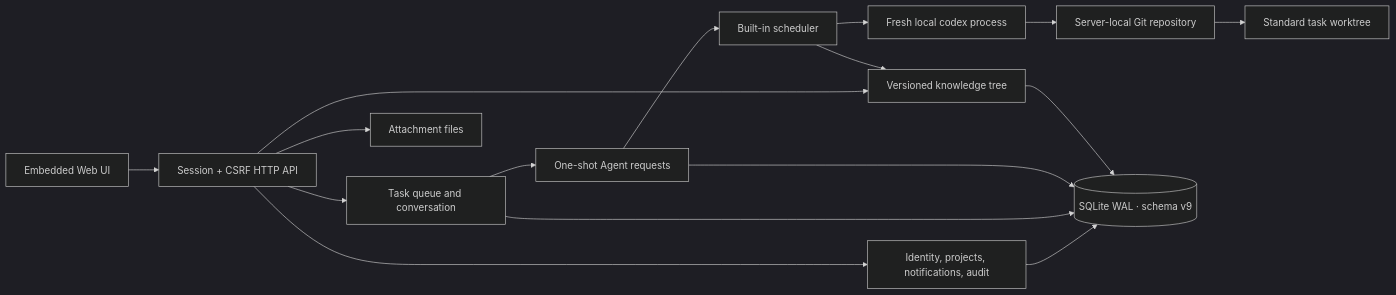
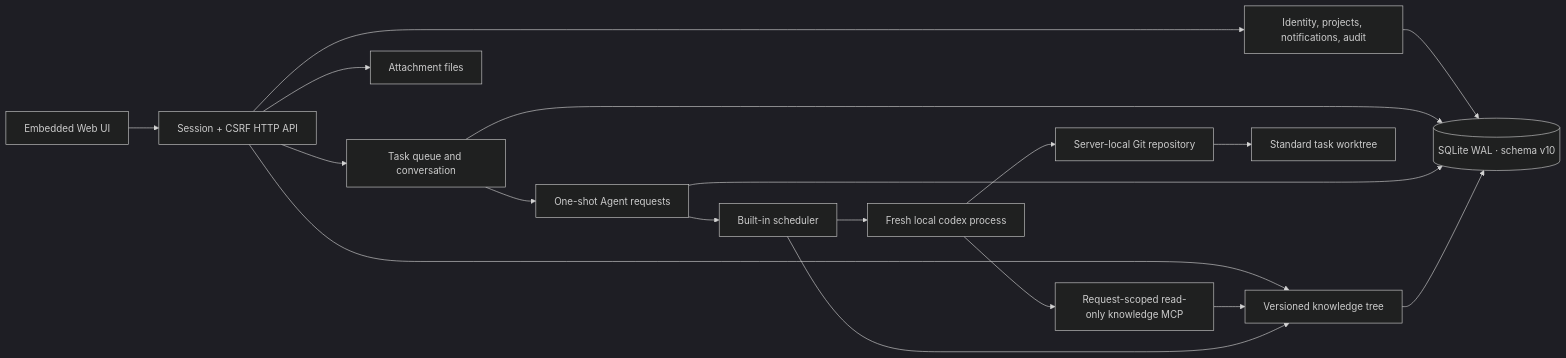
Before and after one commit to backinfile/ProjectBoard: the diagram in docs/ARCHITECTURE.md, drawn with Mermaid (dark theme). The commit also changed other lines of this file and 17 other files, not shown here.

````diff
--- a/docs/ARCHITECTURE.md
+++ b/docs/ARCHITECTURE.md
@@ -3,18 +3,20 @@
 ```mermaid
 flowchart LR
   H["Embedded Web UI"] --> A["Session + CSRF HTTP API"]
   A --> I["Identity, projects, notifications, audit"]
   A --> T["Task queue and conversation"]
   A --> K["Versioned knowledge tree"]
   T --> R["One-shot Agent requests"]
   R --> S["Built-in scheduler"]
   S --> C["Fresh local codex process"]
+  C --> M["Request-scoped read-only knowledge MCP"]
+  M --> K
   C --> G["Server-local Git repository"]
   G --> W["Standard task worktree"]
   S --> K
-  I --> D[("SQLite WAL · schema v9")]
+  I --> D[("SQLite WAL · schema v10")]
   T --> D
   R --> D
   K --> D
   A --> F["Attachment files"]
 ```
````
